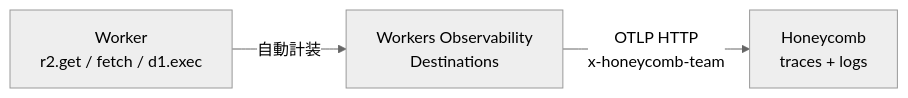
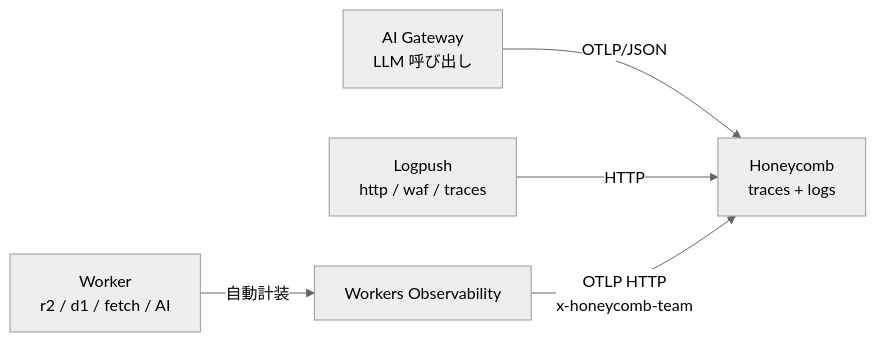
One commit to ta93abe/slides changed the diagram in contents/cloudflare-data-platform/pages/observability.md. Above: the diagram before and after it, drawn with Mermaid (neutral theme). The commit also changed other lines of this file and 13 other files, not shown here.

````diff
--- a/contents/cloudflare-data-platform/pages/observability.md
+++ b/contents/cloudflare-data-platform/pages/observability.md
@@ -106,5 +200,7 @@
 ```mermaid
 flowchart LR
-    W["Worker<br/>r2.get / fetch / d1.exec"] -->|自動計装| D["Workers Observability<br/>Destinations"]
-    D -->|OTLP HTTP<br/>x-honeycomb-team| HC["Honeycomb<br/>traces + logs"]
+    W["Worker<br/>r2 / d1 / fetch / AI"] -->|自動計装| WO["Workers Observability"]
+    AIG["AI Gateway<br/>LLM 呼び出し"] -->|OTLP/JSON| HC
+    LP["Logpush<br/>http / waf / traces"] -->|HTTP| HC
+    WO -->|OTLP HTTP<br/>x-honeycomb-team| HC["Honeycomb<br/>traces + logs"]
 ```
````
